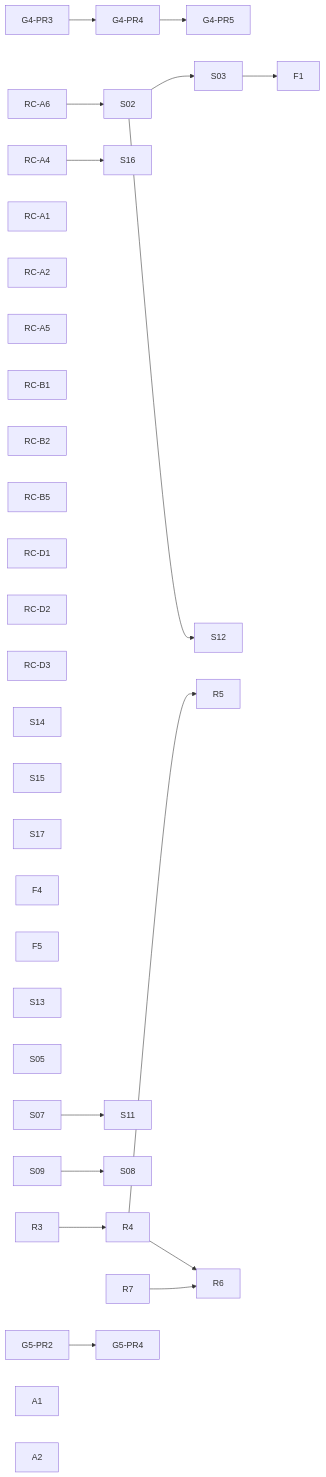
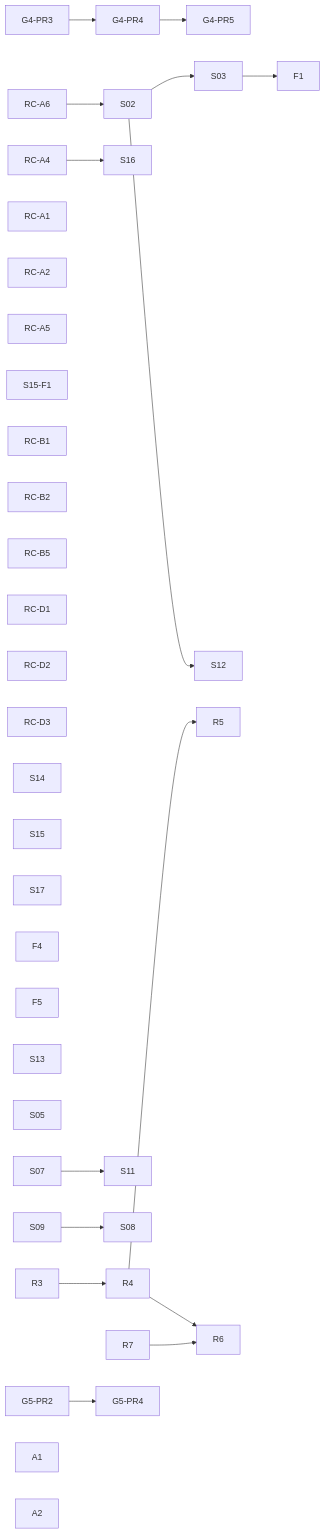
Before and after one commit to dunay2/dvt: the diagram in docs/planning/state/open-task-route.md, drawn with Mermaid. The commit also changed other lines of this file and 5 other files, not shown here.

````diff
--- a/docs/planning/state/open-task-route.md
+++ b/docs/planning/state/open-task-route.md
@@ -77,36 +78,37 @@
 ```mermaid
 flowchart LR
   G43[G4-PR3] --> G44[G4-PR4] --> G45[G4-PR5]
 
   RC_A6[RC-A6] --> S02[S02] --> S03[S03] --> F1[F1]
   RC_A4[RC-A4] --> S16[S16]
   RC_A1[RC-A1]
   RC_A2[RC-A2]
   RC_A5[RC-A5]
+  S15F1[S15-F1]
   RC_B1[RC-B1]
   RC_B2[RC-B2]
   RC_B5[RC-B5]
   RC_D1[RC-D1]
   RC_D2[RC-D2]
   RC_D3[RC-D3]
 
   S02 --> S12[S12]
   S14[S14]
   S15[S15]
   S17[S17]
   F4[F4]
   F5[F5]
   S13[S13]
   S05[S05]
 
   S07[S07] --> S11[S11]
   S09[S09] --> S08[S08]
 
   R3[R3] --> R4[R4] --> R5[R5]
   R4 --> R6[R6]
   R7[R7] --> R6
 
   G52[G5-PR2] --> G54[G5-PR4]
   A1[A1]
   A2[A2]
 ```
````
